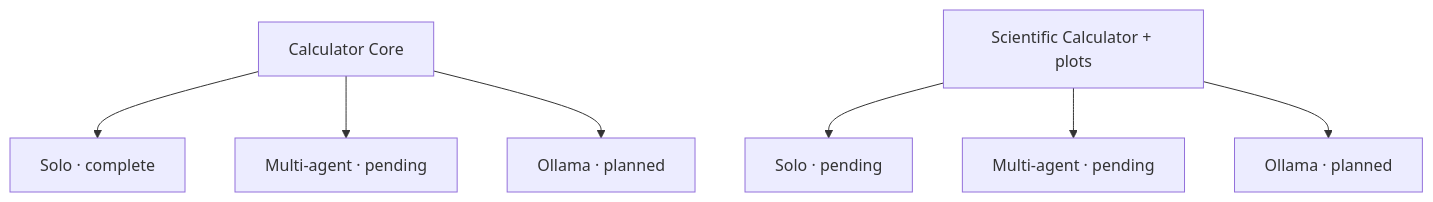
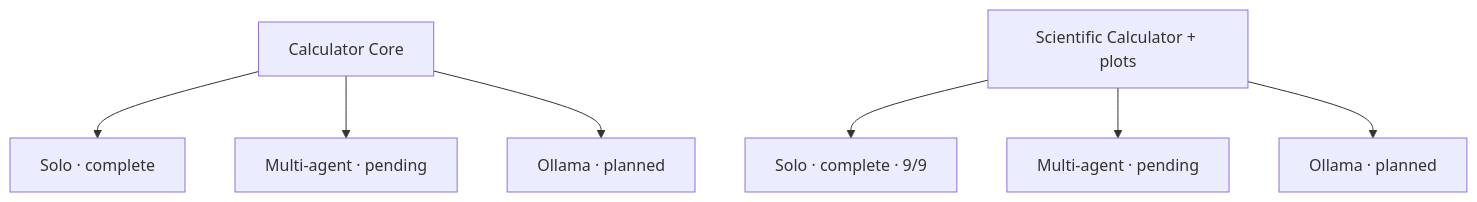
Before and after one commit to ERICRAC/AgentBench-2026: the second of 2 diagrams in README.en.md, drawn with Mermaid. The commit also changed other lines of this file and 12 other files, not shown here.

First line of the commit message:
Publish scientific solo baseline

````diff
--- a/README.en.md
+++ b/README.en.md
@@ -100,9 +102,9 @@
 ```mermaid
 flowchart TB
     C1["Calculator Core"] --> C1S["Solo · complete"]
     C1 --> C1M["Multi-agent · pending"]
     C1 --> C1O["Ollama · planned"]
-    C2["Scientific Calculator + plots"] --> C2S["Solo · pending"]
+    C2["Scientific Calculator + plots"] --> C2S["Solo · complete · 9/9"]
     C2 --> C2M["Multi-agent · pending"]
     C2 --> C2O["Ollama · planned"]
 ```
````
